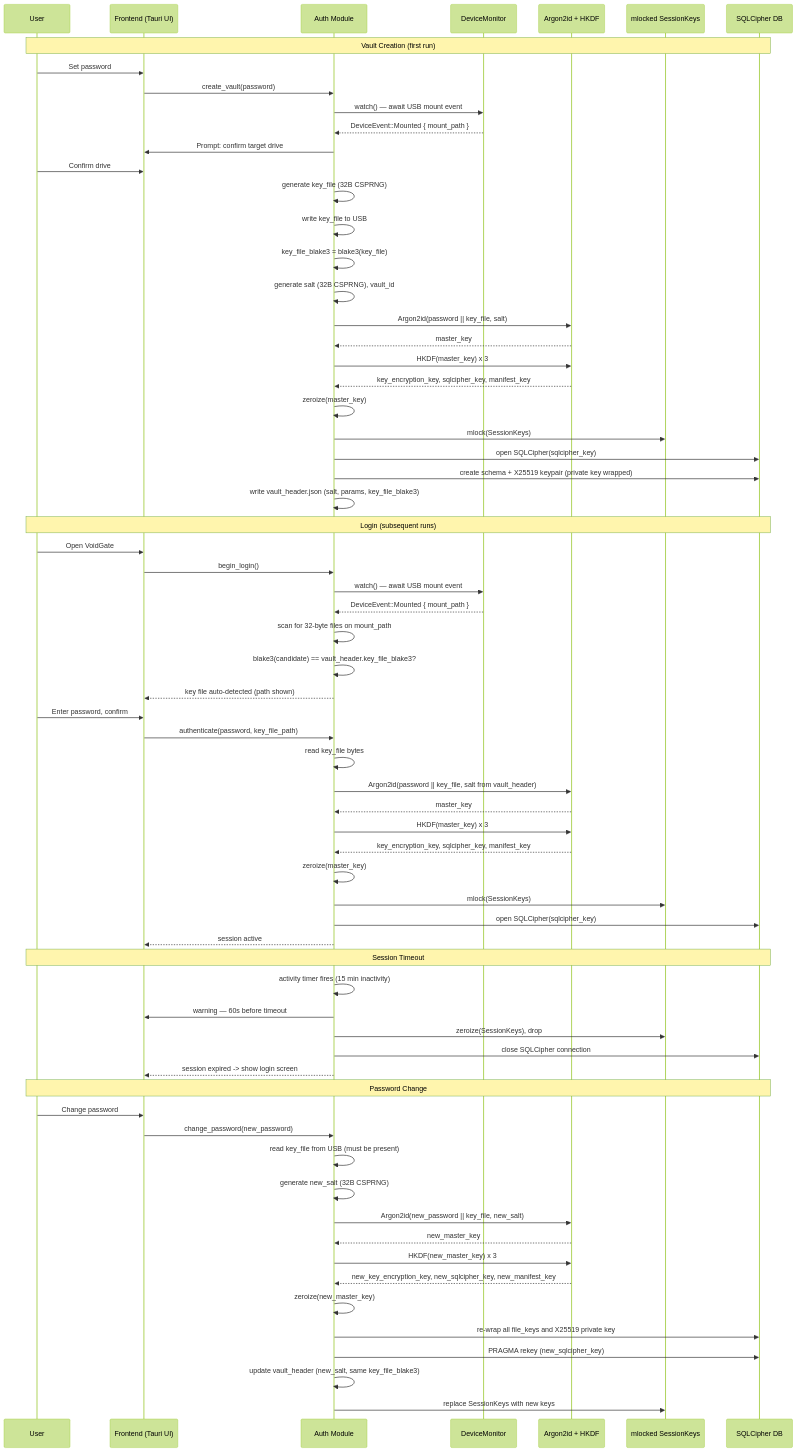
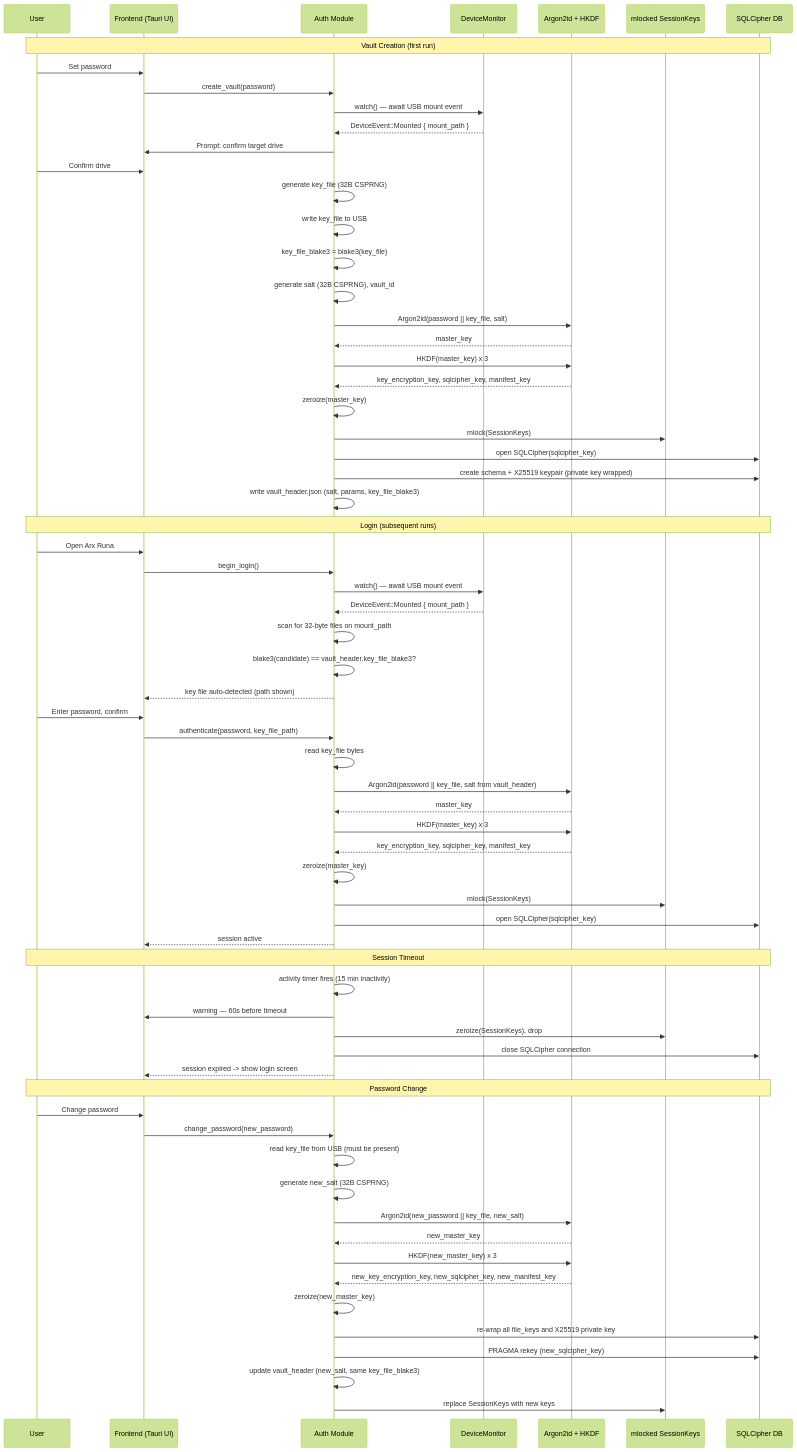
One commit to salgaard/arx-runa changed the diagram in docs/architecture/designs/authentication-and-session-management/diagrams/authentication-flow.md. Above: the diagram before and after it, drawn with Mermaid (forest theme). The commit also changed 88 other files, not shown here.

````diff
--- a/docs/architecture/designs/authentication-and-session-management/diagrams/authentication-flow.md
+++ b/docs/architecture/designs/authentication-and-session-management/diagrams/authentication-flow.md
@@ -6,73 +6,73 @@
 ```mermaid
 sequenceDiagram
     participant User
     participant UI as Frontend (Tauri UI)
     participant Auth as Auth Module
     participant DM as DeviceMonitor
     participant KDF as Argon2id + HKDF
     participant Mem as mlocked SessionKeys
     participant DB as SQLCipher DB
 
     note over User,DB: Vault Creation (first run)
     User->>UI: Set password
     UI->>Auth: create_vault(password)
     Auth->>DM: watch() — await USB mount event
     DM-->>Auth: DeviceEvent::Mounted { mount_path }
     Auth->>UI: Prompt: confirm target drive
     User->>UI: Confirm drive
     Auth->>Auth: generate key_file (32B CSPRNG)
     Auth->>Auth: write key_file to USB
     Auth->>Auth: key_file_blake3 = blake3(key_file)
     Auth->>Auth: generate salt (32B CSPRNG), vault_id
     Auth->>KDF: Argon2id(password || key_file, salt)
     KDF-->>Auth: master_key
     Auth->>KDF: HKDF(master_key) x 3
     KDF-->>Auth: key_encryption_key, sqlcipher_key, manifest_key
     Auth->>Auth: zeroize(master_key)
     Auth->>Mem: mlock(SessionKeys)
     Auth->>DB: open SQLCipher(sqlcipher_key)
     Auth->>DB: create schema + X25519 keypair (private key wrapped)
     Auth->>Auth: write vault_header.json (salt, params, key_file_blake3)
 
     note over User,DB: Login (subsequent runs)
-    User->>UI: Open VoidGate
+    User->>UI: Open Arx Runa
     UI->>Auth: begin_login()
     Auth->>DM: watch() — await USB mount event
     DM-->>Auth: DeviceEvent::Mounted { mount_path }
     Auth->>Auth: scan for 32-byte files on mount_path
     Auth->>Auth: blake3(candidate) == vault_header.key_file_blake3?
     Auth-->>UI: key file auto-detected (path shown)
     User->>UI: Enter password, confirm
     UI->>Auth: authenticate(password, key_file_path)
     Auth->>Auth: read key_file bytes
     Auth->>KDF: Argon2id(password || key_file, salt from vault_header)
     KDF-->>Auth: master_key
     Auth->>KDF: HKDF(master_key) x 3
     KDF-->>Auth: key_encryption_key, sqlcipher_key, manifest_key
     Auth->>Auth: zeroize(master_key)
     Auth->>Mem: mlock(SessionKeys)
     Auth->>DB: open SQLCipher(sqlcipher_key)
     Auth-->>UI: session active
 
     note over User,DB: Session Timeout
     Auth->>Auth: activity timer fires (15 min inactivity)
     Auth->>UI: warning — 60s before timeout
     Auth->>Mem: zeroize(SessionKeys), drop
     Auth->>DB: close SQLCipher connection
     Auth-->>UI: session expired #45;#62; show login screen
 
     note over User,DB: Password Change
     User->>UI: Change password
     UI->>Auth: change_password(new_password)
     Auth->>Auth: read key_file from USB (must be present)
     Auth->>Auth: generate new_salt (32B CSPRNG)
     Auth->>KDF: Argon2id(new_password || key_file, new_salt)
     KDF-->>Auth: new_master_key
     Auth->>KDF: HKDF(new_master_key) x 3
     KDF-->>Auth: new_key_encryption_key, new_sqlcipher_key, new_manifest_key
     Auth->>Auth: zeroize(new_master_key)
     Auth->>DB: re-wrap all file_keys and X25519 private key
     Auth->>DB: PRAGMA rekey (new_sqlcipher_key)
     Auth->>Auth: update vault_header (new_salt, same key_file_blake3)
     Auth->>Mem: replace SessionKeys with new keys
 ```
````
